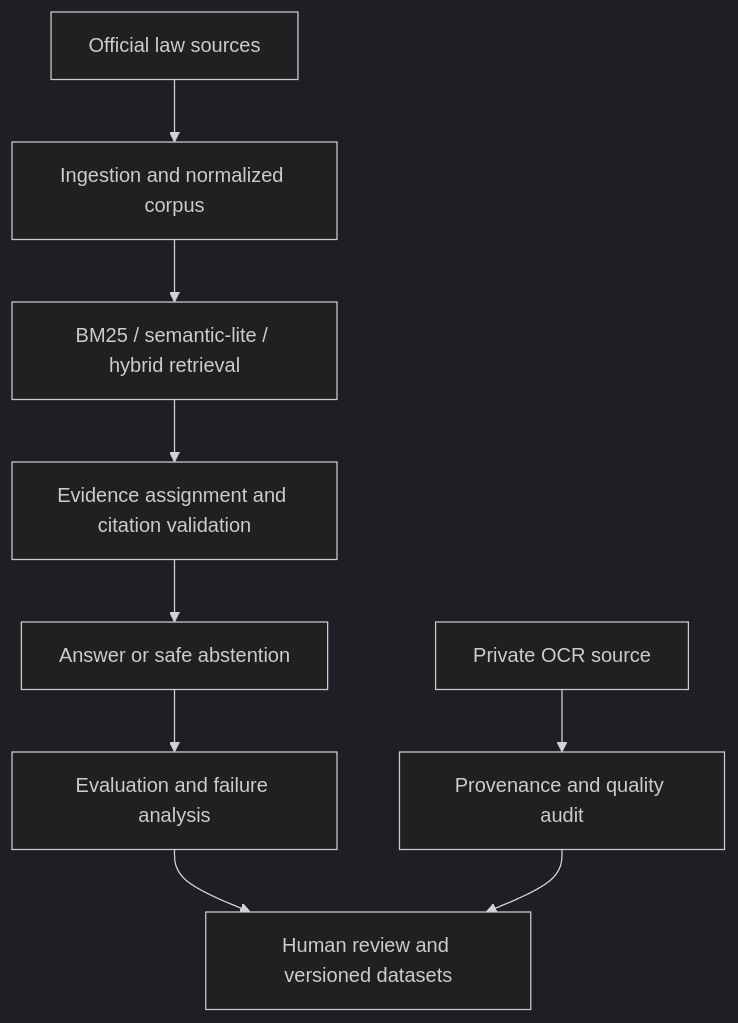
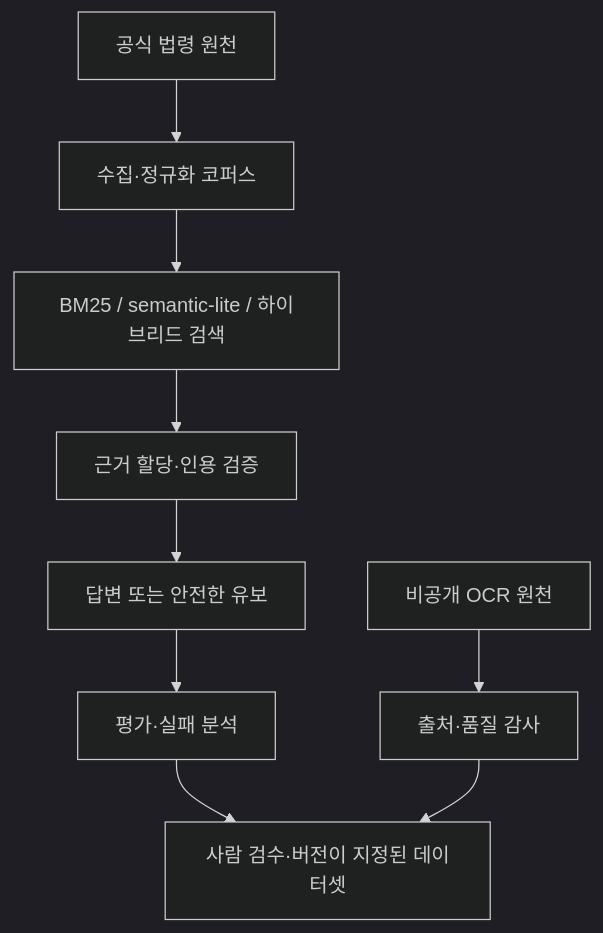
The diagram in PROJECT_CHECKPOINT_V4276.md (OrientingFreeman/law-rag-qa-planner), drawn with Mermaid (dark theme) before and after one commit. The commit also changed other lines of this file and 19 other files, not shown here.

````diff
--- a/PROJECT_CHECKPOINT_V4276.md
+++ b/PROJECT_CHECKPOINT_V4276.md
@@ -72,11 +64,11 @@
 ```mermaid
 flowchart TD
-    A["Official law sources"] --> B["Ingestion and normalized corpus"]
-    B --> C["BM25 / semantic-lite / hybrid retrieval"]
-    C --> D["Evidence assignment and citation validation"]
-    D --> E["Answer or safe abstention"]
-    E --> F["Evaluation and failure analysis"]
-    F --> G["Human review and versioned datasets"]
-    H["Private OCR source"] --> I["Provenance and quality audit"]
+    A["공식 법령 원천"] --> B["수집·정규화 코퍼스"]
+    B --> C["BM25 / semantic-lite / 하이브리드 검색"]
+    C --> D["근거 할당·인용 검증"]
+    D --> E["답변 또는 안전한 유보"]
+    E --> F["평가·실패 분석"]
+    F --> G["사람 검수·버전이 지정된 데이터셋"]
+    H["비공개 OCR 원천"] --> I["출처·품질 감사"]
     I --> G
 ```
````
